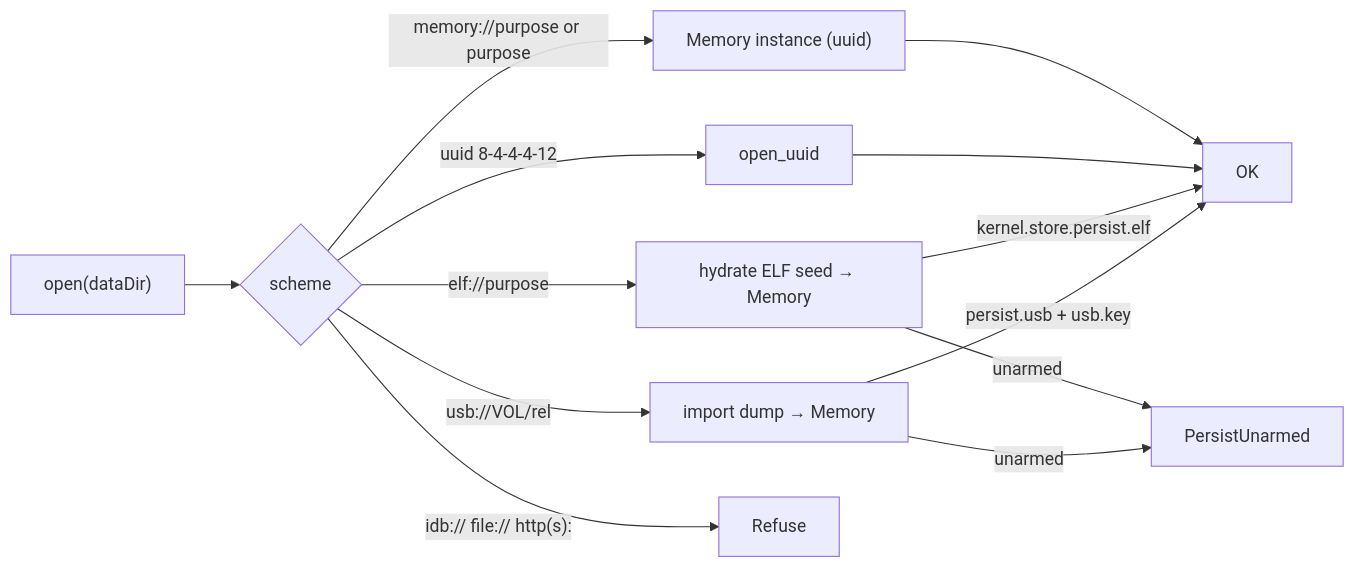
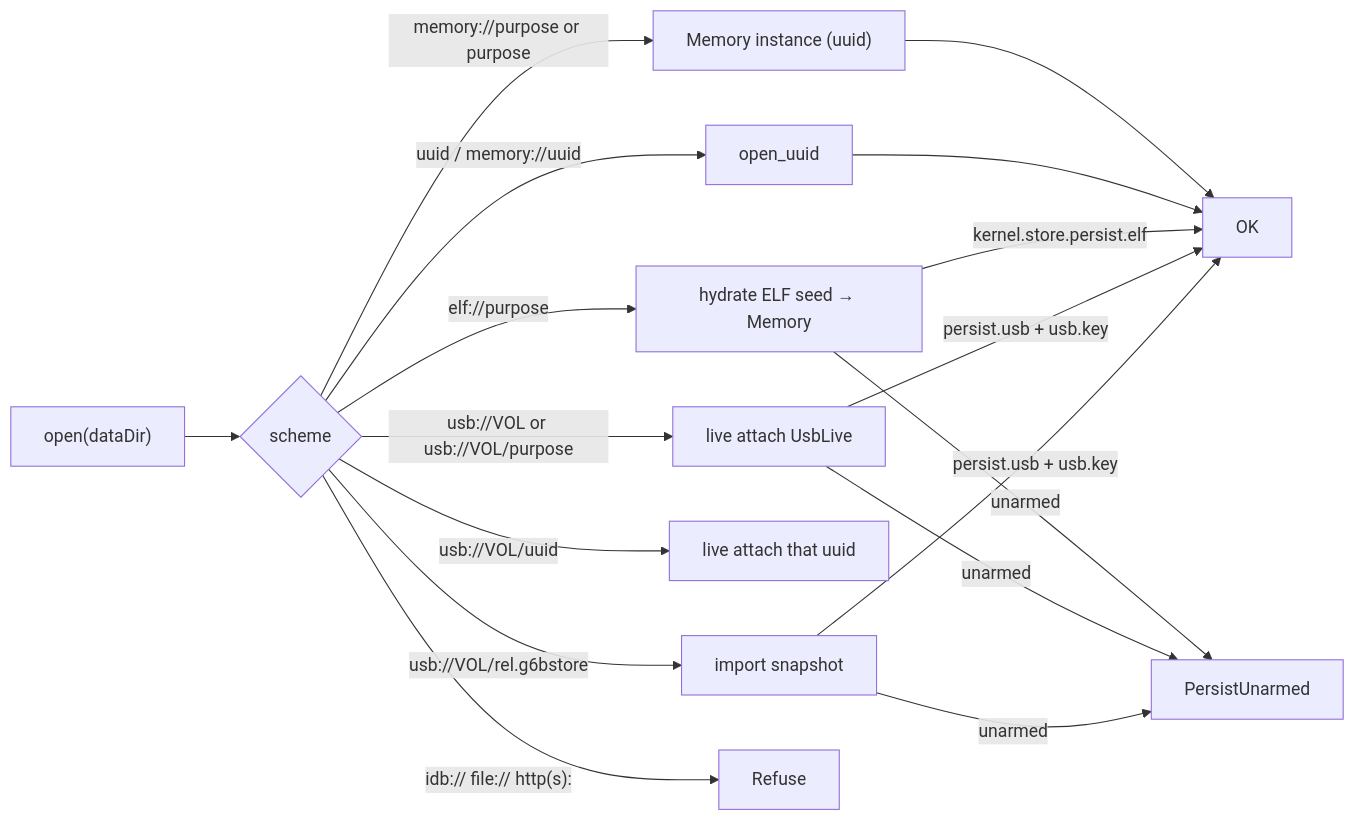
The second of 3 diagrams in g6lc_bios/architecture/g6b-pglite.md (etcimon/GSys-LibreCore), drawn with Mermaid before and after one commit. The commit also changed other lines of this file and 103 other files, not shown here.

````diff
--- a/g6lc_bios/architecture/g6b-pglite.md
+++ b/g6lc_bios/architecture/g6b-pglite.md
@@ -327,16 +330,20 @@
 ```mermaid
 flowchart LR
   OPEN["open(dataDir)"] --> PARSE
   PARSE{"scheme"}
   PARSE -->|"memory://purpose or purpose"| MEM["Memory instance (uuid)"]
-  PARSE -->|"uuid 8-4-4-4-12"| UUID[open_uuid]
+  PARSE -->|"uuid / memory://uuid"| UUID[open_uuid]
   PARSE -->|"elf://purpose"| ELF["hydrate ELF seed → Memory"]
-  PARSE -->|"usb://VOL/rel"| USB["import dump → Memory"]
+  PARSE -->|"usb://VOL or usb://VOL/purpose"| USB["live attach UsbLive"]
+  PARSE -->|"usb://VOL/uuid"| USBUUID["live attach that uuid"]
+  PARSE -->|"usb://VOL/rel.g6bstore"| SNAP["import snapshot"]
   PARSE -->|"idb:// file:// http(s):"| REF[Refuse]
   MEM --> OK
   UUID --> OK
   ELF -->|"kernel.store.persist.elf"| OK
   ELF -->|"unarmed"| FAIL[PersistUnarmed]
   USB -->|"persist.usb + usb.key"| OK
   USB -->|"unarmed"| FAIL
+  SNAP -->|"persist.usb + usb.key"| OK
+  SNAP -->|"unarmed"| FAIL
 ```
````
